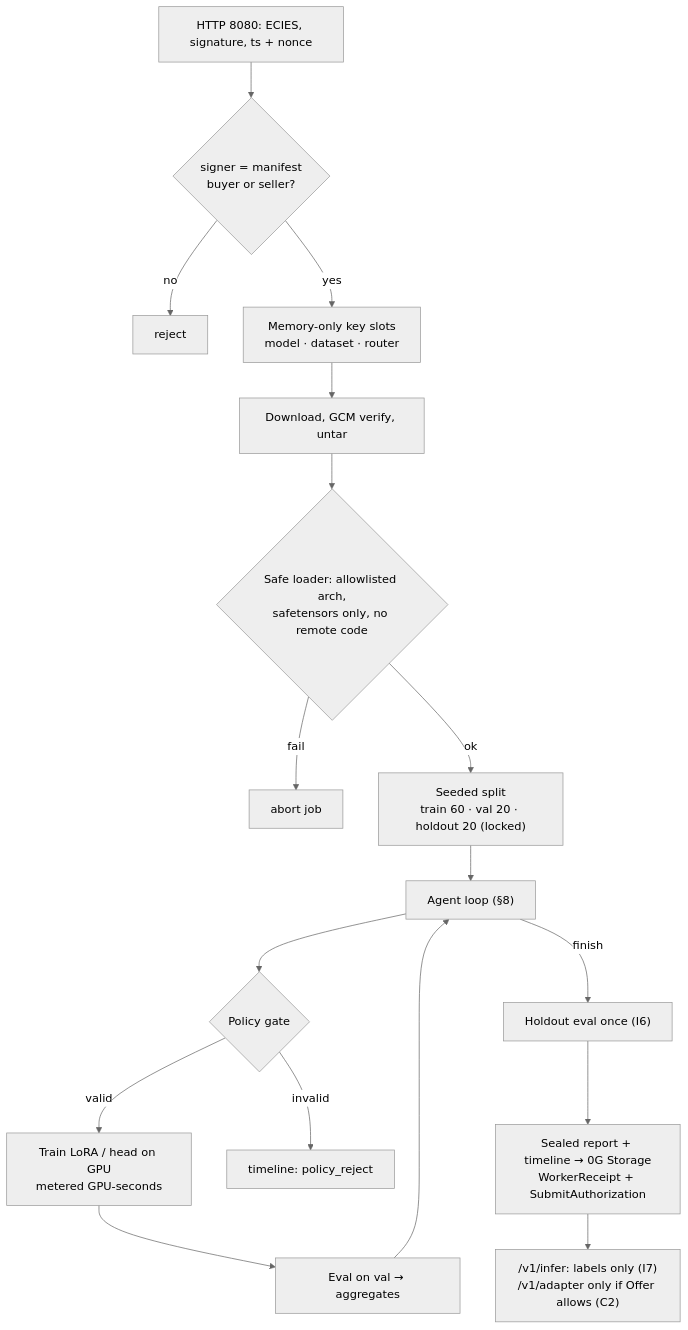
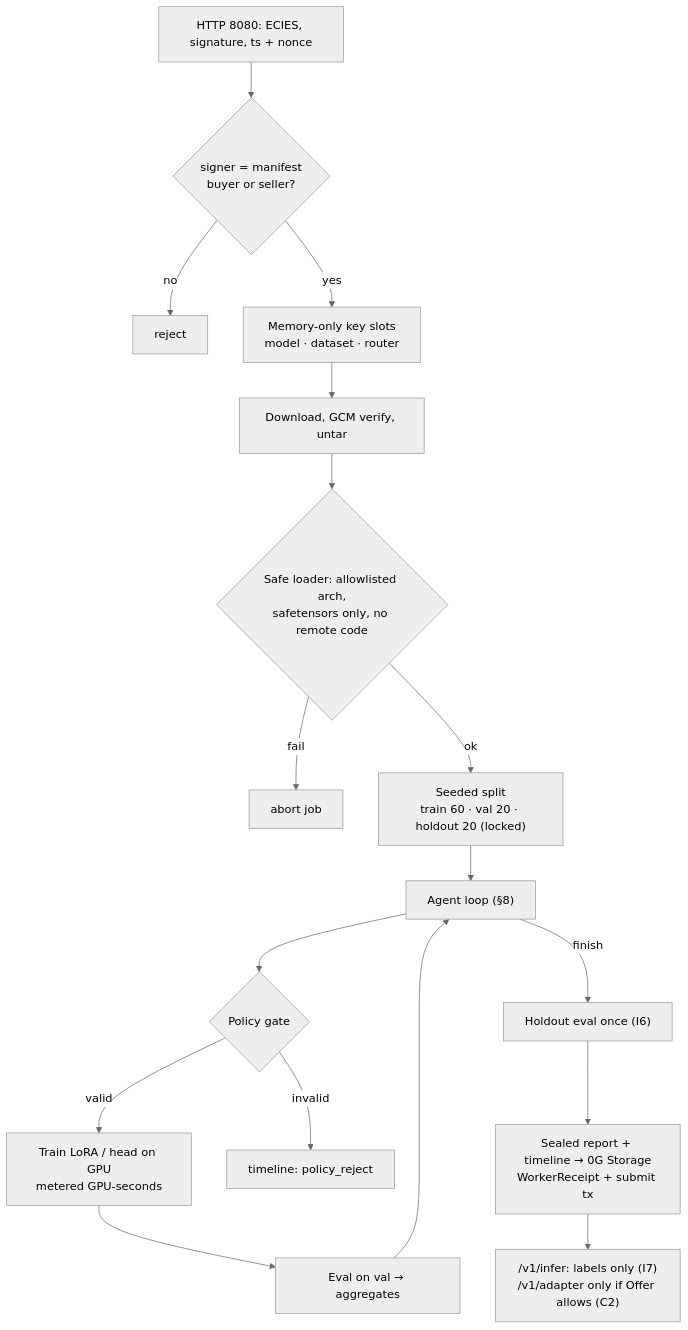
The seventh of 16 diagrams in docs/ARCHITECTURE.md (Soni-Shivam/Pivot_HTE), drawn with Mermaid (neutral theme) before and after one commit. The commit also changed other lines of this file and 24 other files, not shown here.

````diff
--- a/docs/ARCHITECTURE.md
+++ b/docs/ARCHITECTURE.md
@@ -198,19 +199,19 @@
 ```mermaid
 flowchart TB
     IN["HTTP 8080: ECIES, signature, ts + nonce"] --> AUTH{"signer = manifest<br/>buyer or seller?"}
     AUTH -- "no" --> DROP["reject"]
     AUTH -- "yes" --> KS["Memory-only key slots<br/>model · dataset · router"]
     KS --> LOAD["Download, GCM verify, untar"]
     LOAD --> SAFE{"Safe loader: allowlisted arch,<br/>safetensors only, no remote code"}
     SAFE -- "fail" --> ABORT["abort job"]
     SAFE -- "ok" --> SPLIT["Seeded split<br/>train 60 · val 20 · holdout 20 (locked)"]
     SPLIT --> LOOP["Agent loop (§8)"]
     LOOP --> GATE{"Policy gate"}
     GATE -- "valid" --> TRAIN["Train LoRA / head on GPU<br/>metered GPU-seconds"]
     GATE -- "invalid" --> EV["timeline: policy_reject"]
     TRAIN --> EVAL["Eval on val → aggregates"]
     EVAL --> LOOP
     LOOP -- "finish" --> HO["Holdout eval once (I6)"]
-    HO --> OUT["Sealed report + timeline → 0G Storage<br/>WorkerReceipt + SubmitAuthorization"]
+    HO --> OUT["Sealed report + timeline → 0G Storage<br/>WorkerReceipt + submit tx"]
     OUT --> SERVE["/v1/infer: labels only (I7)<br/>/v1/adapter only if Offer allows (C2)"]
 ```
````
